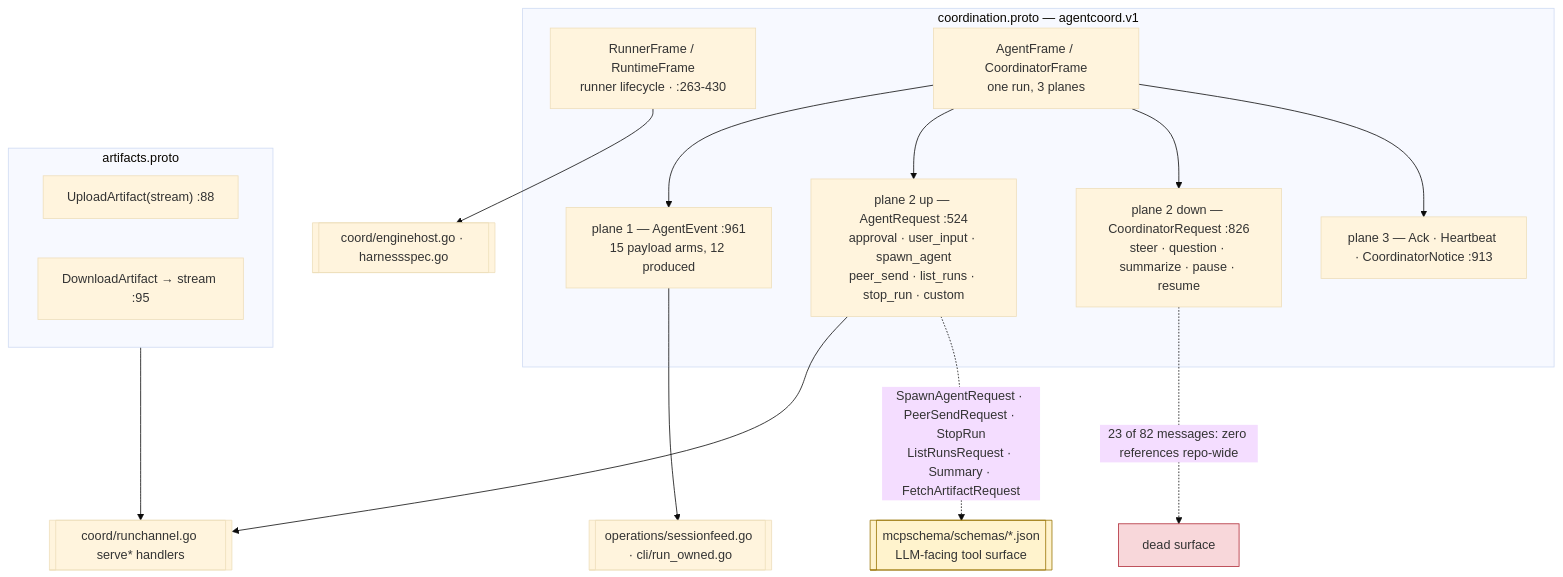
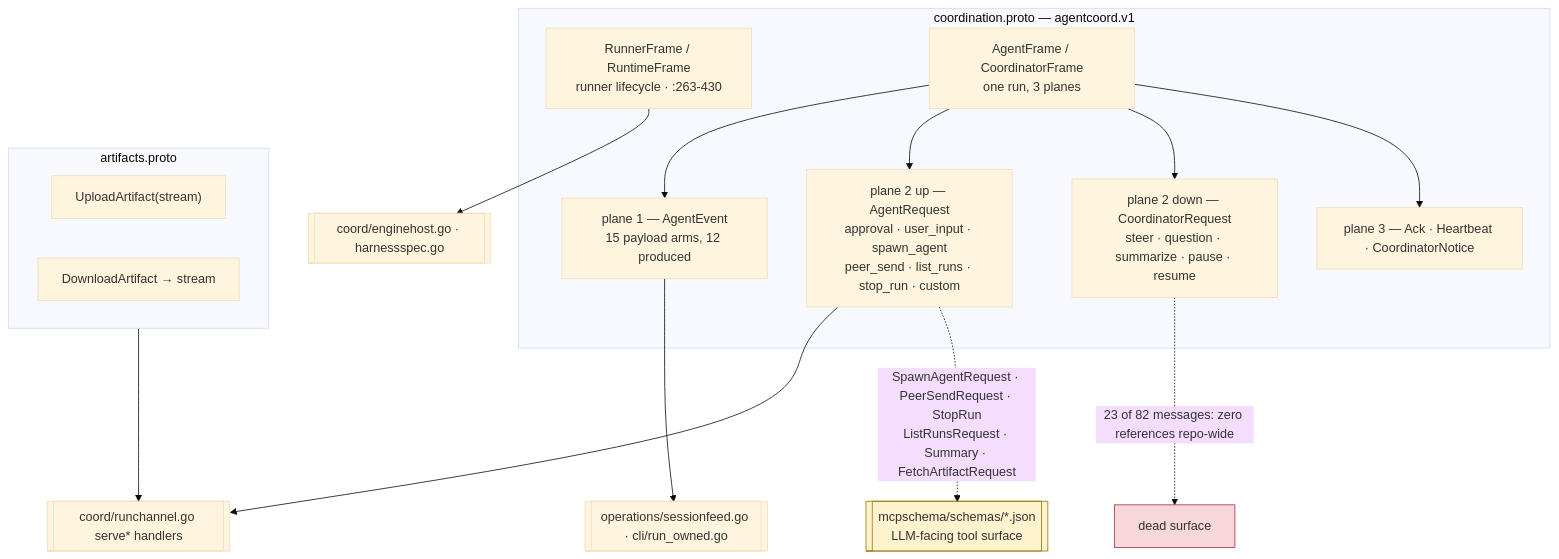
One commit to ctxloom/ctxloom changed the diagram in docs/architecture/agentcoord/wire-contract.md. Above: the diagram before and after it, drawn with Mermaid (base theme). The commit also changed other lines of this file and 9 other files, not shown here.

First line of the commit message:
docs(agentcoord): cite by symbol, not file:line; bus graph names the runner's turn report

````diff
--- a/docs/architecture/agentcoord/wire-contract.md
+++ b/docs/architecture/agentcoord/wire-contract.md
@@ -15,28 +15,28 @@
 ```mermaid
 flowchart TD
   subgraph Wire["coordination.proto — agentcoord.v1"]
     RF["RunnerFrame / RuntimeFrame<br/>runner lifecycle · :263-430"]
     AF["AgentFrame / CoordinatorFrame<br/>one run, 3 planes"]
-    P1["plane 1 — AgentEvent :961<br/>15 payload arms, 12 produced"]
-    P2U["plane 2 up — AgentRequest :524<br/>approval · user_input · spawn_agent<br/>peer_send · list_runs · stop_run · custom"]
-    P2D["plane 2 down — CoordinatorRequest :826<br/>steer · question · summarize · pause · resume"]
-    P3["plane 3 — Ack · Heartbeat · CoordinatorNotice :913"]
+    P1["plane 1 — AgentEvent<br/>15 payload arms, 12 produced"]
+    P2U["plane 2 up — AgentRequest<br/>approval · user_input · spawn_agent<br/>peer_send · list_runs · stop_run · custom"]
+    P2D["plane 2 down — CoordinatorRequest<br/>steer · question · summarize · pause · resume"]
+    P3["plane 3 — Ack · Heartbeat · CoordinatorNotice"]
     AF --> P1 & P2U & P2D & P3
   end
   subgraph Art["artifacts.proto"]
-    UP["UploadArtifact(stream) :88"]
-    DL["DownloadArtifact → stream :95"]
+    UP["UploadArtifact(stream)"]
+    DL["DownloadArtifact → stream"]
   end
   MCP[["mcpschema/schemas/*.json<br/>LLM-facing tool surface"]]
   COORD[["coord/runchannel.go serve* handlers"]]
   RUNNER[["coord/enginehost.go · harnessspec.go"]]
   VIEW[["operations/sessionfeed.go · cli/run_owned.go"]]
   P2U --> COORD
   P1 --> VIEW
   RF --> RUNNER
   Art --> COORD
   P2U -. "SpawnAgentRequest · PeerSendRequest · StopRun<br/>ListRunsRequest · Summary · FetchArtifactRequest" .-> MCP
   P2D -. "23 of 82 messages: zero references repo-wide" .-> DEAD["dead surface"]
   style DEAD fill:#f8d7da,stroke:#b02a37
   style MCP fill:#fff3cd,stroke:#997404
 ```
````
